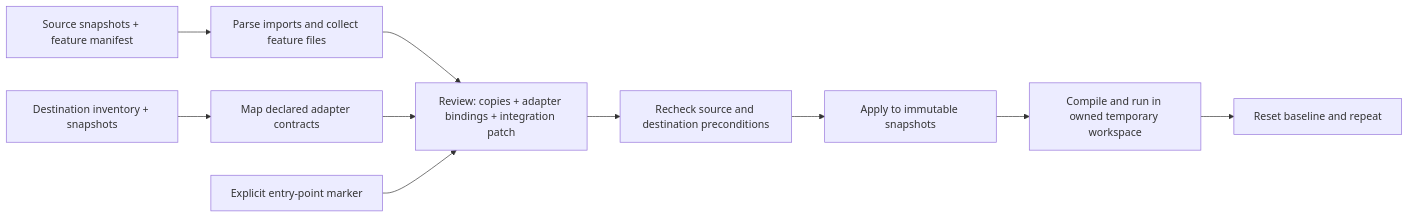
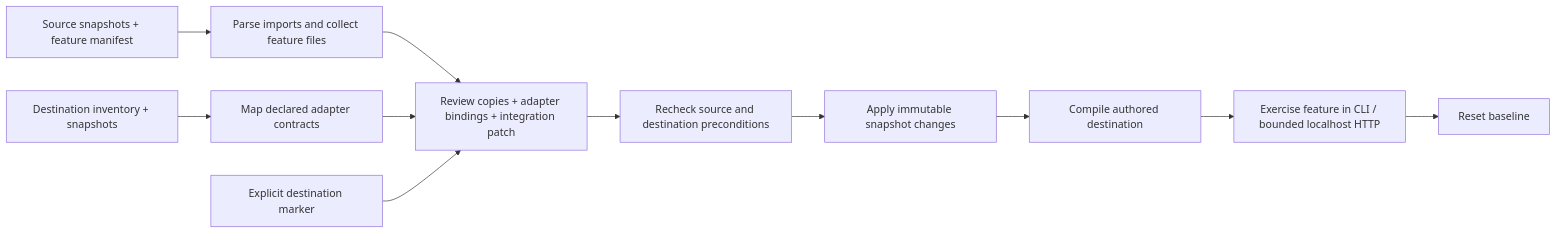
One commit to shlbi/graft changed the diagram in docs/DEMO.md. Above: the diagram before and after it, drawn with Mermaid. The commit also changed other lines of this file and 5 other files, not shown here.

First line of the commit message:
feat(demo): process uploaded content in destination adapter

````diff
--- a/docs/DEMO.md
+++ b/docs/DEMO.md
@@ -56,12 +66,13 @@
 ```mermaid
 flowchart LR
     A[Source snapshots + feature manifest] --> P[Parse imports and collect feature files]
     I[Destination inventory + snapshots] --> M[Map declared adapter contracts]
-    P --> R[Review: copies + adapter bindings + integration patch]
+    P --> R[Review copies + adapter bindings + integration patch]
     M --> R
-    X[Explicit entry-point marker] --> R
+    X[Explicit destination marker] --> R
     R --> G[Recheck source and destination preconditions]
-    G --> O[Apply to immutable snapshots]
-    O --> C[Compile and run in owned temporary workspace]
-    C --> Z[Reset baseline and repeat]
+    G --> O[Apply immutable snapshot changes]
+    O --> C[Compile authored destination]
+    C --> H[Exercise feature in CLI / bounded localhost HTTP]
+    H --> Z[Reset baseline]
 ```
````
